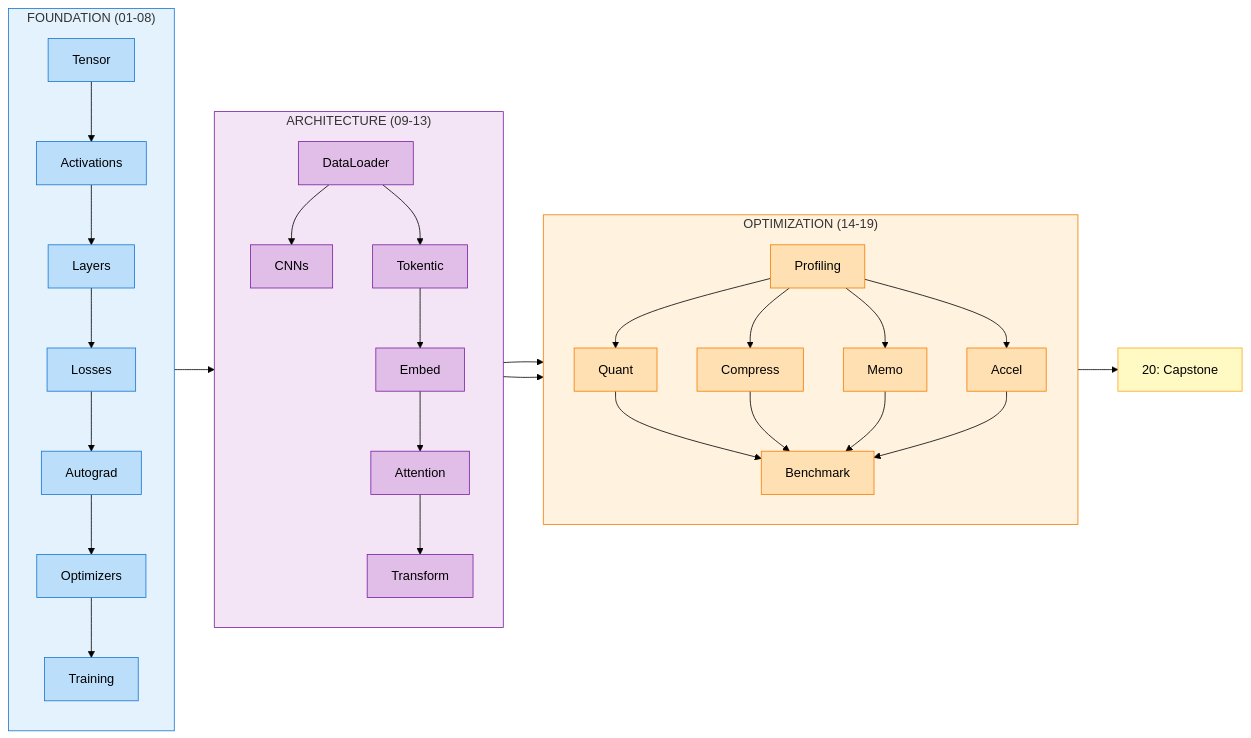
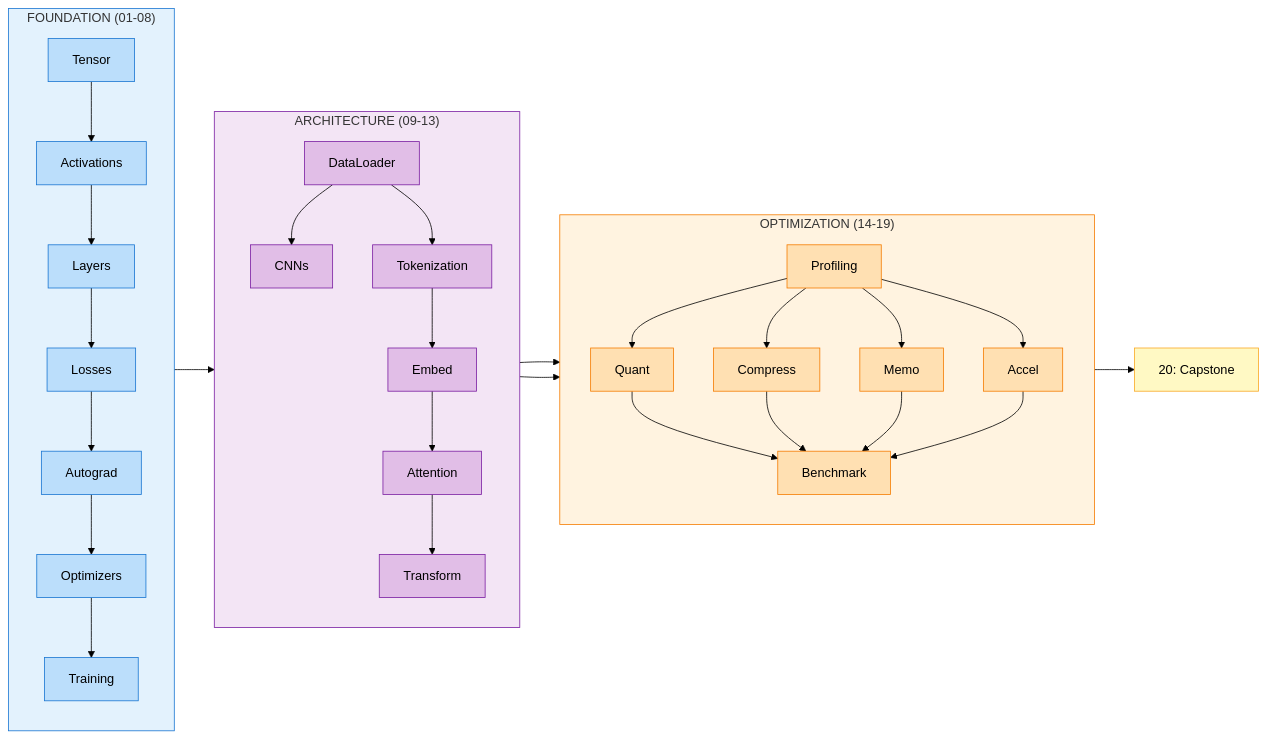
One commit to harvard-edge/cs249r_book changed the diagram in tinytorch/site/big-picture.md. Above: the diagram before and after it, drawn with Mermaid (forest theme).

Commit message:
fix(tinytorch): typo "Tokentic" → "Tokenization" in big-picture diagram
Mermaid diagram in big-picture.md had "Tokentic" instead of
"Tokenization" for Module 10 node label.

````diff
--- a/tinytorch/site/big-picture.md
+++ b/tinytorch/site/big-picture.md
@@ -403,73 +403,73 @@
 ```{mermaid}
 :align: center
 :caption: "**TinyTorch Module Flow.** The 20 modules progress through three tiers: Foundation (blue) builds core ML primitives, Architecture (purple) applies them to vision and language tasks, and Optimization (orange) makes systems production-ready."
 
 graph LR
     subgraph F["FOUNDATION (01-08)"]
         direction TB
         T["Tensor"] --> A["Activations"]
         A --> L["Layers"]
         L --> Loss["Losses"]
         Loss --> Auto["Autograd"]
         Auto --> Opt["Optimizers"]
         Opt --> Train["Training"]
     end
 
     subgraph Arch["ARCHITECTURE (09-13)"]
         direction TB
         Data["DataLoader"]
         Data --> Conv["CNNs"]
-        Data --> Tok["Tokentic"]
+        Data --> Tok["Tokenization"]
         Tok --> Emb["Embed"]
         Emb --> Att["Attention"]
         Att --> Trans["Transform"]
     end
 
     subgraph Optim["OPTIMIZATION (14-19)"]
         direction TB
         Prof["Profiling"]
         Prof --> Q["Quant"]
         Prof --> C["Compress"]
         Prof --> M["Memo"]
         Prof --> Ac["Accel"]
         Q & C & M & Ac --> Bench["Benchmark"]
     end
 
     Train --> Data
     Conv --> Prof
     Trans --> Prof
     Bench --> Cap["20: Capstone"]
 
     %% Foundation - Light Blue (dark text readable)
     style T fill:#bbdefb,stroke:#1976d2
     style A fill:#bbdefb,stroke:#1976d2
     style L fill:#bbdefb,stroke:#1976d2
     style Loss fill:#bbdefb,stroke:#1976d2
     style Auto fill:#bbdefb,stroke:#1976d2
     style Opt fill:#bbdefb,stroke:#1976d2
     style Train fill:#bbdefb,stroke:#1976d2
 
     %% Architecture - Light Purple (dark text readable)
     style Data fill:#e1bee7,stroke:#7b1fa2
     style Conv fill:#e1bee7,stroke:#7b1fa2
     style Tok fill:#e1bee7,stroke:#7b1fa2
     style Emb fill:#e1bee7,stroke:#7b1fa2
     style Att fill:#e1bee7,stroke:#7b1fa2
     style Trans fill:#e1bee7,stroke:#7b1fa2
 
     %% Optimization - Light Orange (dark text readable)
     style Prof fill:#ffe0b2,stroke:#f57c00
     style Q fill:#ffe0b2,stroke:#f57c00
     style C fill:#ffe0b2,stroke:#f57c00
     style M fill:#ffe0b2,stroke:#f57c00
     style Ac fill:#ffe0b2,stroke:#f57c00
     style Bench fill:#ffe0b2,stroke:#f57c00
 
     %% Capstone - Light Gold (dark text readable)
     style Cap fill:#fff9c4,stroke:#f9a825
 
     %% Subgraph backgrounds
     style F fill:#e3f2fd,stroke:#1976d2
     style Arch fill:#f3e5f5,stroke:#7b1fa2
     style Optim fill:#fff3e0,stroke:#f57c00
 ```
````
